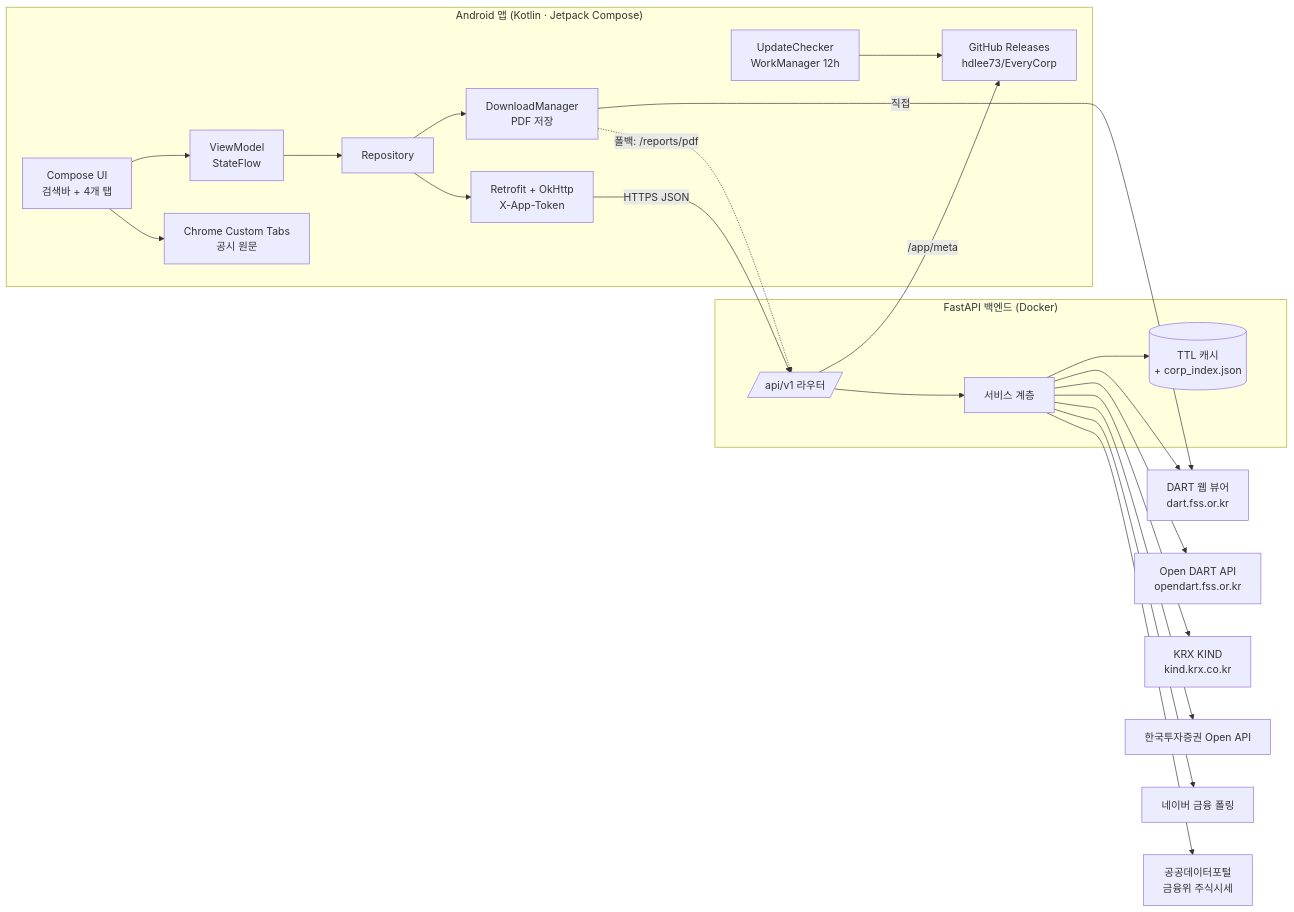
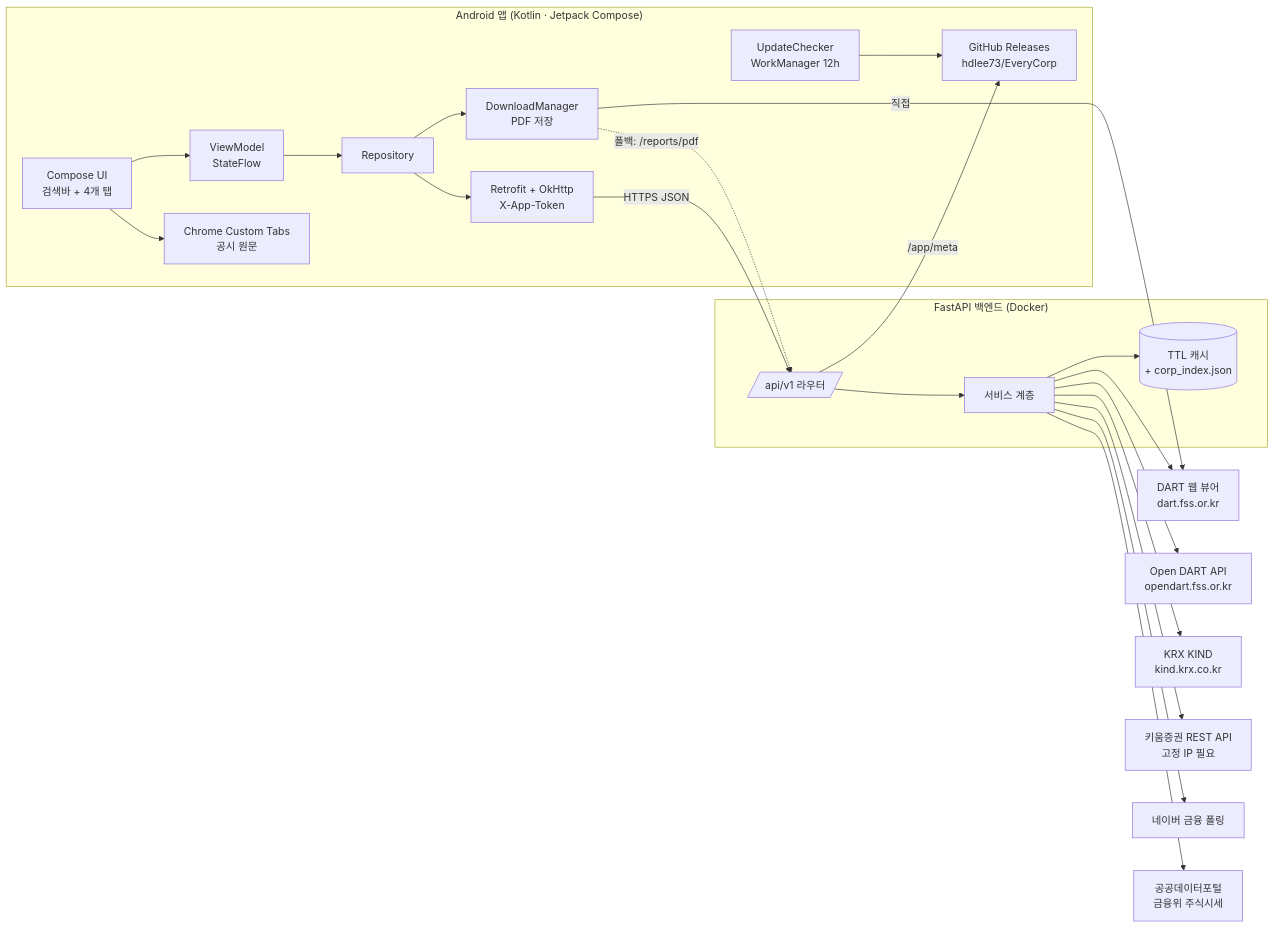
The diagram in docs/ARCHITECTURE.md (hdlee73/EveryCorp), drawn with Mermaid before and after one commit. The commit also changed other lines of this file and 13 other files, not shown here.

First line of the commit message:
시세를 키움 REST API 기반으로 재구성

````diff
--- a/docs/ARCHITECTURE.md
+++ b/docs/ARCHITECTURE.md
@@ -11,28 +11,28 @@
 ```mermaid
 flowchart LR
     subgraph Android["Android 앱 (Kotlin · Jetpack Compose)"]
         UI[Compose UI<br/>검색바 + 4개 탭] --> VM[ViewModel<br/>StateFlow]
         VM --> Repo[Repository]
         Repo --> Retrofit[Retrofit + OkHttp<br/>X-App-Token]
         Repo --> DM[DownloadManager<br/>PDF 저장]
         UI --> CCT[Chrome Custom Tabs<br/>공시 원문]
         Upd[UpdateChecker<br/>WorkManager 12h] --> GH
     end
 
     subgraph Server["FastAPI 백엔드 (Docker)"]
         API[/api/v1 라우터/] --> Svc[서비스 계층]
         Svc --> Cache[(TTL 캐시<br/>+ corp_index.json)]
     end
 
     Retrofit -->|HTTPS JSON| API
     DM -->|직접| DARTWEB
     DM -.->|폴백: /reports/pdf| API
 
     Svc --> OPENDART[Open DART API<br/>opendart.fss.or.kr]
     Svc --> DARTWEB[DART 웹 뷰어<br/>dart.fss.or.kr]
     Svc --> KIND[KRX KIND<br/>kind.krx.co.kr]
-    Svc --> KIS[한국투자증권 Open API]
+    Svc --> KIWOOM[키움증권 REST API<br/>고정 IP 필요]
     Svc --> NAVER[네이버 금융 폴링]
     Svc --> DATAGO[공공데이터포털<br/>금융위 주식시세]
     API -->|/app/meta| GH[GitHub Releases<br/>hdlee73/EveryCorp]
 ```
````
